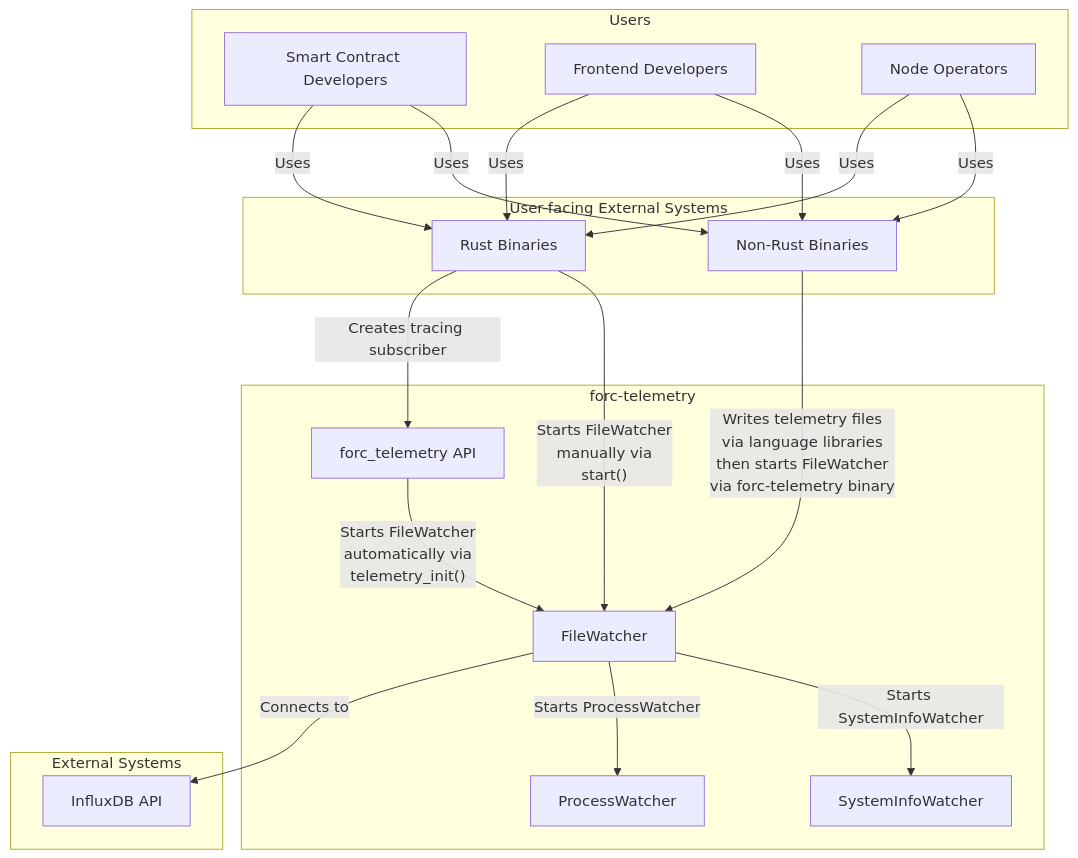
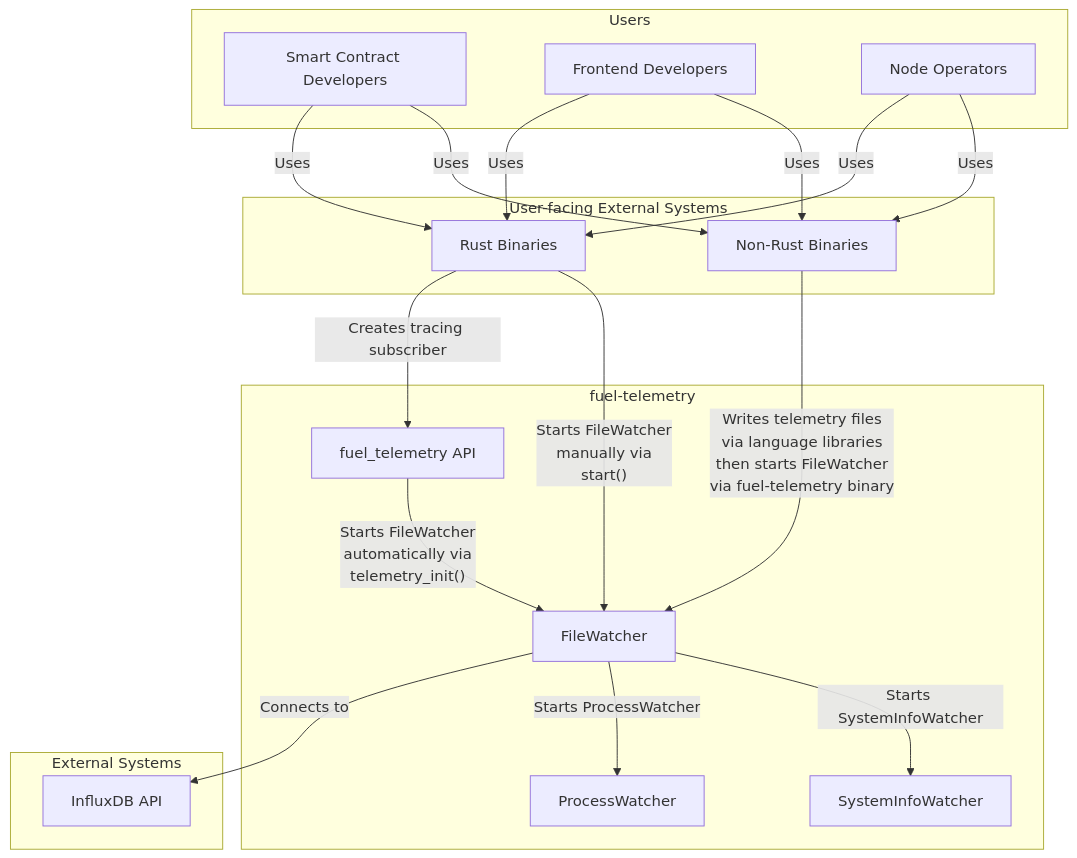
The first of 4 diagrams in docs/architecture.md (FuelLabs/fuel-telemetry), drawn with Mermaid before and after one commit. The commit also changed other lines of this file and 9 other files, not shown here.

Commit message:
Renaming crate to fuel-telemetry

````diff
--- a/docs/architecture.md
+++ b/docs/architecture.md
@@ -9,41 +9,41 @@
 ```mermaid
 graph TD
   subgraph Users
     A[Smart Contract Developers]
     B[Frontend Developers]
     C[Node Operators]
   end
 
   subgraph User-facing External Systems
     D[Rust Binaries]
     E[Non-Rust Binaries]
   end
 
-  subgraph forc-telemetry
-    F[forc_telemetry API]
+  subgraph fuel-telemetry
+    F[fuel_telemetry API]
     G[FileWatcher]
     H[ProcessWatcher]
     I[SystemInfoWatcher]
   end
 
   subgraph External Systems
     J[InfluxDB API]
   end
 
   A -->|Uses| D
   A -->|Uses| E
   B -->|Uses| D
   B -->|Uses| E
   C -->|Uses| D
   C -->|Uses| E
 
   D -->|Creates tracing subscriber| F
 
   F -->|"Starts FileWatcher<br />automatically via<br />telemetry_init()"| G
-  E -->|"Writes telemetry files<br />via language libraries<br />then starts FileWatcher<br />via forc-telemetry binary"| G
+  E -->|"Writes telemetry files<br />via language libraries<br />then starts FileWatcher<br />via fuel-telemetry binary"| G
   D -->|"Starts FileWatcher<br />manually via<br />start()"| G
 
   G -->|Connects to| J
   G -->|Starts ProcessWatcher| H
   G -->|Starts SystemInfoWatcher| I
 ```
````
